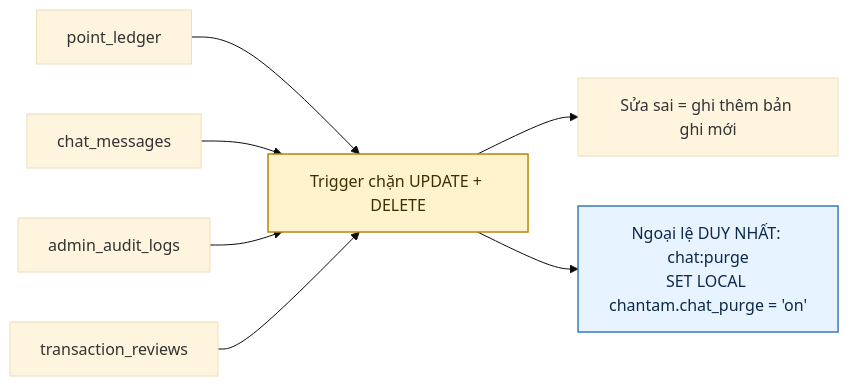
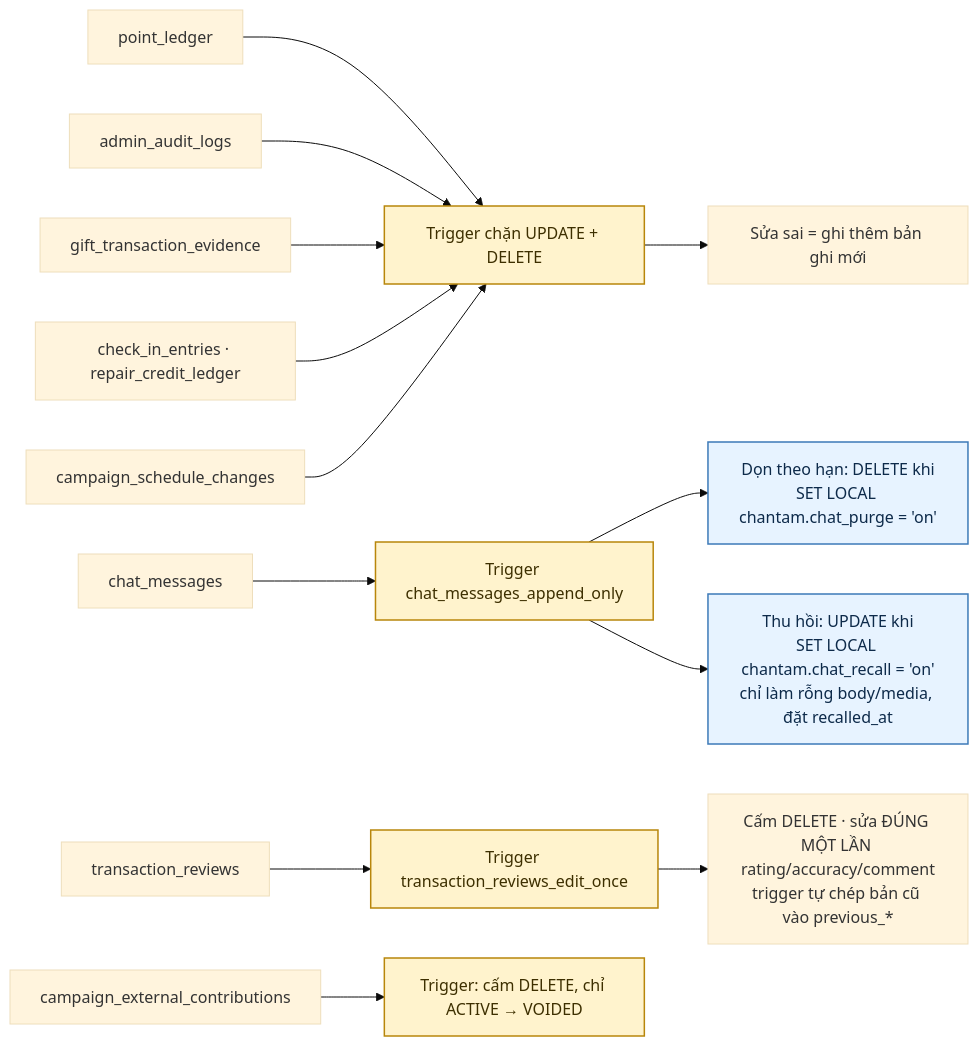
The third of 4 diagrams in docs/diagram/27-database.md (fdshn/trueheart), drawn with Mermaid (base theme) before and after one commit. The commit also changed other lines of this file and 49 other files, not shown here.

````diff
--- a/docs/diagram/27-database.md
+++ b/docs/diagram/27-database.md
@@ -106,13 +158,25 @@
 ```mermaid
 flowchart LR
     A["point_ledger"] --> T["Trigger chặn UPDATE + DELETE"]
-    B["chat_messages"] --> T
     C["admin_audit_logs"] --> T
-    D["transaction_reviews"] --> T
+    G["gift_transaction_evidence"] --> T
+    H["check_in_entries · repair_credit_ledger"] --> T
+    I["campaign_schedule_changes"] --> T
+    T --> K["Sửa sai = ghi thêm bản ghi mới"]
 
-    T --> E["Sửa sai = ghi thêm bản ghi mới"]
-    T --> F["Ngoại lệ DUY NHẤT: chat:purge<br/>SET LOCAL chantam.chat_purge = 'on'"]
+    B["chat_messages"] --> TC["Trigger chat_messages_append_only"]
+    TC --> F1["Dọn theo hạn: DELETE khi<br/>SET LOCAL chantam.chat_purge = 'on'"]
+    TC --> F2["Thu hồi: UPDATE khi<br/>SET LOCAL chantam.chat_recall = 'on'<br/>chỉ làm rỗng body/media, đặt recalled_at"]
+
+    D["transaction_reviews"] --> TR["Trigger transaction_reviews_edit_once"]
+    TR --> R1["Cấm DELETE · sửa ĐÚNG MỘT LẦN rating/accuracy/comment<br/>trigger tự chép bản cũ vào previous_*"]
+
+    E["campaign_external_contributions"] --> TX["Trigger: cấm DELETE, chỉ ACTIVE → VOIDED"]
 
     style T fill:#fff3cd,stroke:#b8860b,stroke-width:1.5px,color:#3d2f00
-    style F fill:#e7f3ff,stroke:#3d7ab8,stroke-width:1.5px,color:#0d2a4a
+    style TC fill:#fff3cd,stroke:#b8860b,stroke-width:1.5px,color:#3d2f00
+    style TR fill:#fff3cd,stroke:#b8860b,stroke-width:1.5px,color:#3d2f00
+    style TX fill:#fff3cd,stroke:#b8860b,stroke-width:1.5px,color:#3d2f00
+    style F1 fill:#e7f3ff,stroke:#3d7ab8,stroke-width:1.5px,color:#0d2a4a
+    style F2 fill:#e7f3ff,stroke:#3d7ab8,stroke-width:1.5px,color:#0d2a4a
 ```
````
